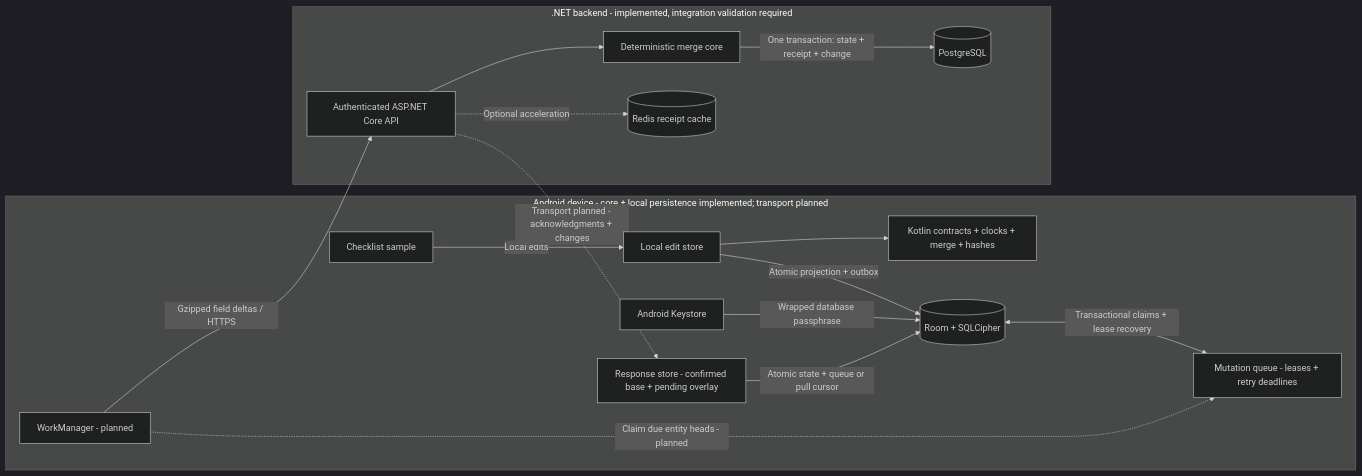
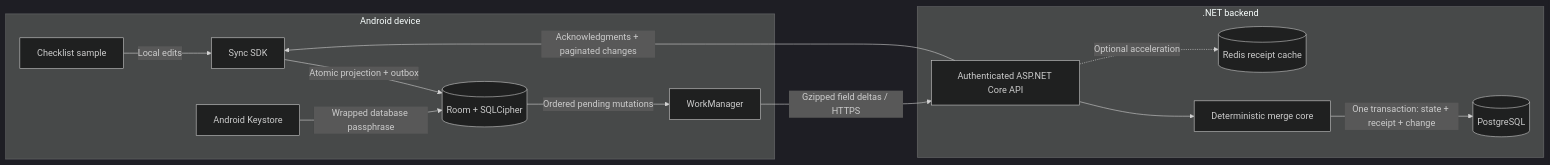
The first of 2 diagrams in README.md (michaelnwanna/offline-sync-engine), drawn with Mermaid (dark theme) before and after one commit. The commit also changed other lines of this file and 43 other files, not shown here.

First line of the commit message:
Complete Android sync orchestration and recovery verification

````diff
--- a/README.md
+++ b/README.md
@@ -11,31 +11,25 @@
 ```mermaid
 flowchart LR
-    subgraph Device[Android device - core + local persistence implemented; transport planned]
+    subgraph Device[Android device]
         UI[Checklist sample]
-        SDK[Local edit store]
-        CORE[Kotlin contracts + clocks + merge + hashes]
+        SDK[Sync SDK]
         DB[(Room + SQLCipher)]
         KEY[Android Keystore]
-        WORK[WorkManager - planned]
-        QUEUE[Mutation queue - leases + retry deadlines]
-        RESP[Response store - confirmed base + pending overlay]
+        WORK[WorkManager]
         UI -->|Local edits| SDK
-        SDK --> CORE
         SDK -->|Atomic projection + outbox| DB
         KEY -->|Wrapped database passphrase| DB
-        DB <-->|Transactional claims + lease recovery| QUEUE
-        RESP -->|Atomic state + queue or pull cursor| DB
-        WORK -.->|Claim due entity heads - planned| QUEUE
+        DB -->|Ordered pending mutations| WORK
     end
-    subgraph Backend[.NET backend - implemented, integration validation required]
+    subgraph Backend[.NET backend]
         API[Authenticated ASP.NET Core API]
         MERGE[Deterministic merge core]
         PG[(PostgreSQL)]
         CACHE[(Redis receipt cache)]
         API --> MERGE
         MERGE -->|One transaction: state + receipt + change| PG
         API -.->|Optional acceleration| CACHE
     end
     WORK -->|Gzipped field deltas / HTTPS| API
-    API -.->|Transport planned - acknowledgments + changes| RESP
+    API -->|Acknowledgments + paginated changes| SDK
 ```
````
